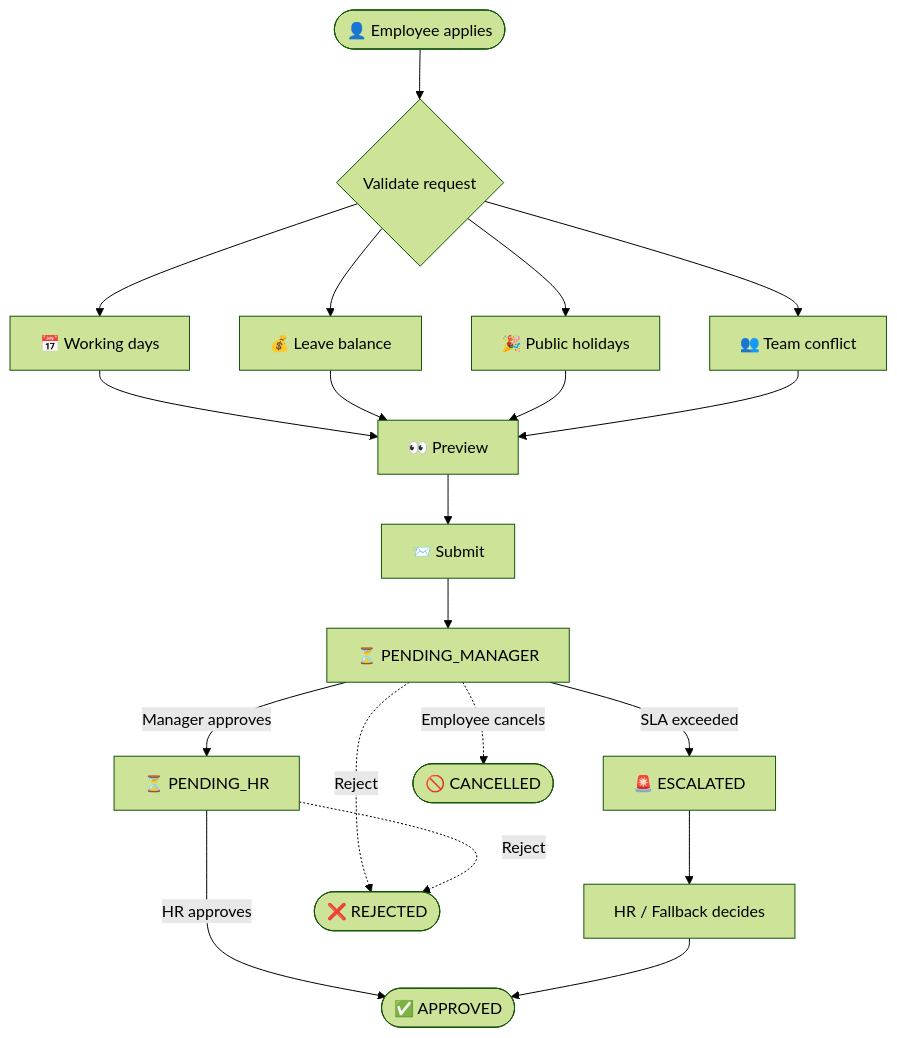
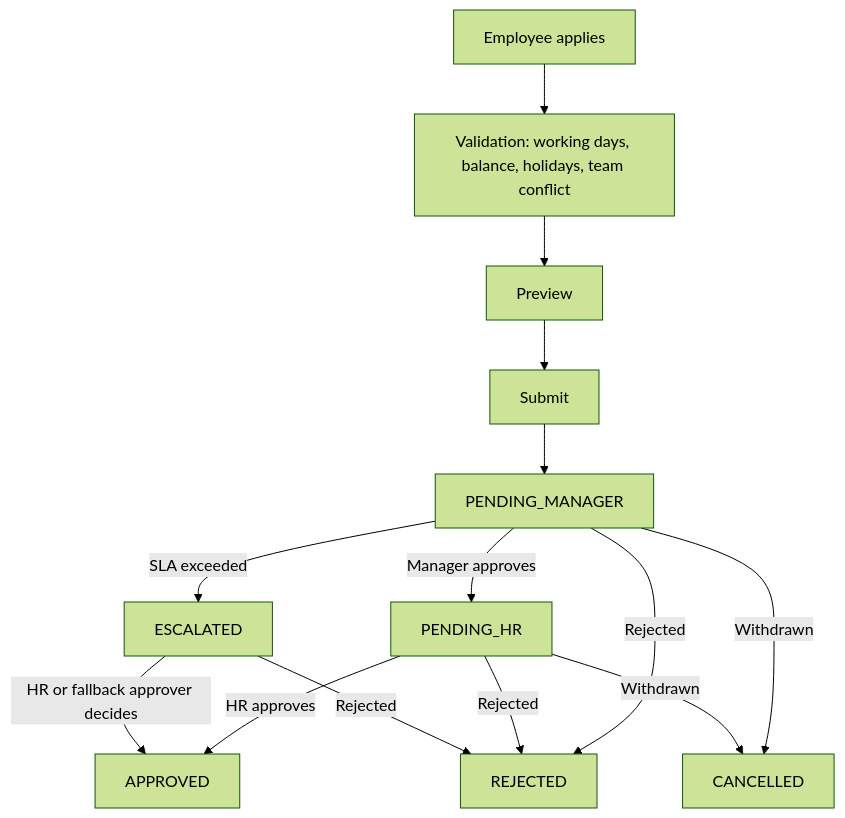
One commit to Keerthana-786/leave-management changed the first of 2 diagrams in README.md. Above: the diagram before and after it, drawn with Mermaid (forest theme). The commit also changed other lines of this file, not shown here.

````diff
--- a/README.md
+++ b/README.md
@@ -129,19 +56,16 @@
 ```mermaid
 flowchart TD
-    A([👤 Employee applies]) --> B{Validate request}
-    B --> B1[📅 Working days]
-    B --> B2[💰 Leave balance]
-    B --> B3[🎉 Public holidays]
-    B --> B4[👥 Team conflict]
-    B1 & B2 & B3 & B4 --> C[👀 Preview]
-    C --> D[📨 Submit]
-    D --> E[⏳ PENDING_MANAGER]
-    E -->|Manager approves| F[⏳ PENDING_HR]
-    E -->|SLA exceeded| X[🚨 ESCALATED]
-    X --> G[HR / Fallback decides]
-    F -->|HR approves| H([✅ APPROVED])
-    G --> H
-    E -.->|Reject| R([❌ REJECTED])
-    F -.->|Reject| R
-    E -.->|Employee cancels| Z([🚫 CANCELLED])
+    A[Employee applies] --> B[Validation: working days, balance, holidays, team conflict]
+    B --> C[Preview]
+    C --> D[Submit]
+    D --> E[PENDING_MANAGER]
+    E -->|Manager approves| F[PENDING_HR]
+    E -->|SLA exceeded| G[ESCALATED]
+    F -->|HR approves| H[APPROVED]
+    G -->|HR or fallback approver decides| H
+    E -->|Rejected| R[REJECTED]
+    F -->|Rejected| R
+    G -->|Rejected| R
+    E -->|Withdrawn| Z[CANCELLED]
+    F -->|Withdrawn| Z
 ```
````
